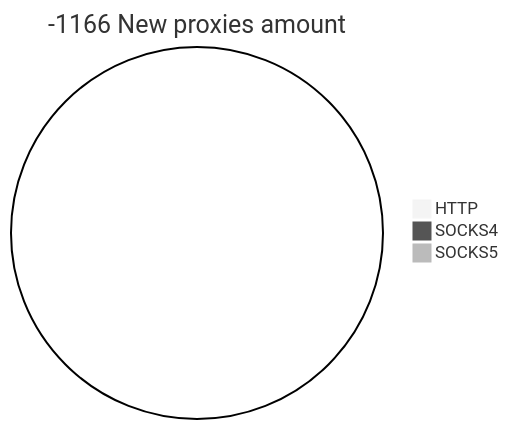
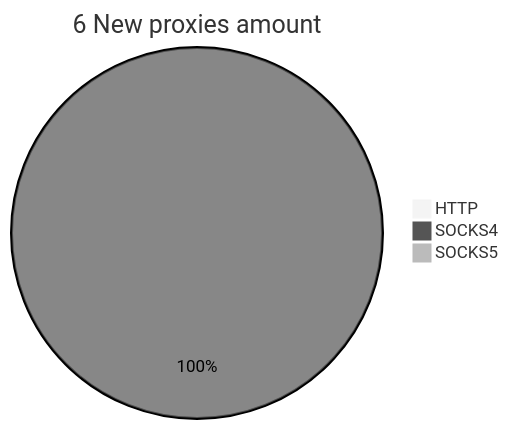
Before and after one commit to cutipu/proxylist: the second of 2 diagrams in README.md, drawn with Mermaid (neutral theme). The commit also changed other lines of this file, not shown here.

````diff
--- a/README.md
+++ b/README.md
@@ -10,6 +10,6 @@
 ```mermaid
-pie title -1166 New proxies amount
+pie title 6 New proxies amount
     "HTTP" : 0
-    "SOCKS4" : 0
+    "SOCKS4" : 6
     "SOCKS5" : 0
 ```
````
